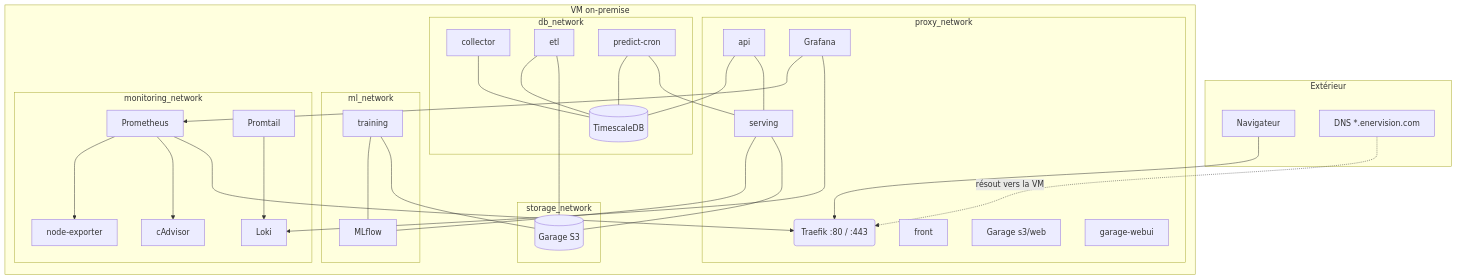
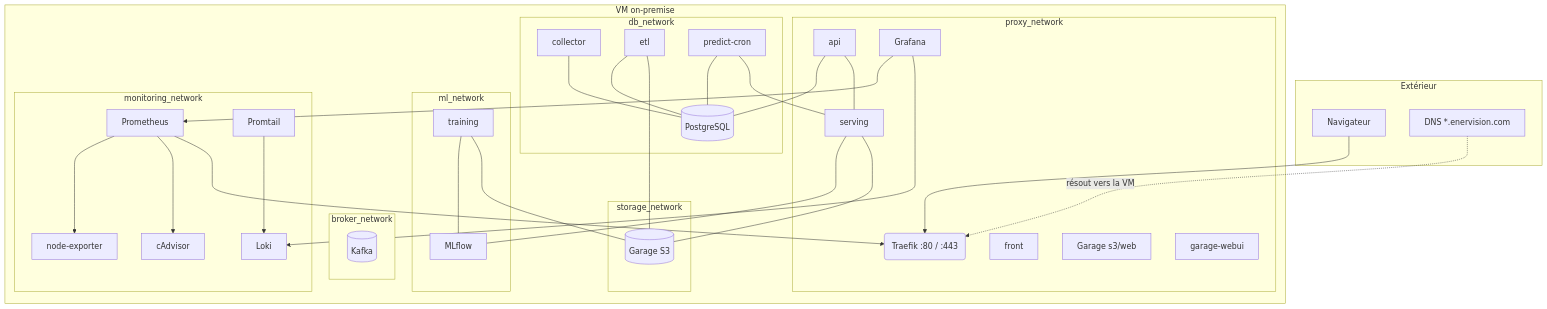
One commit to EnerVision-G5/infra changed the diagram in docs/content/architecture/index.md. Above: the diagram before and after it, drawn with Mermaid. The commit also changed other lines of this file and 54 other files, not shown here.

````diff
--- a/docs/content/architecture/index.md
+++ b/docs/content/architecture/index.md
@@ -31,53 +33,57 @@
 ```mermaid
 flowchart TB
     subgraph ext[Extérieur]
         U[Navigateur]
         DNS[DNS *.enervision.com]
     end
     U --> T
 
     subgraph vm[VM on-premise]
         T(Traefik :80 / :443)
 
         subgraph proxy[proxy_network]
             T
             F[front]
             A[api]
             S[serving]
             GW[Garage s3/web]
             GUI[garage-webui]
             GR[Grafana]
         end
 
         subgraph db[db_network]
-            A --- DB[(TimescaleDB)]
+            A --- DB[(PostgreSQL)]
             C[collector] --- DB
             E[etl] --- DB
             PC[predict-cron] --- DB
         end
 
         subgraph ml[ml_network]
             A --- S
             S --- MLF[MLflow]
             PC --- S
             TRN[training] --- MLF
+        end
+
+        subgraph broker[broker_network]
+            K[(Kafka)]
         end
 
         subgraph storage[storage_network]
             S --- GA[(Garage S3)]
             E --- GA
             TRN --- GA
         end
 
         subgraph mon[monitoring_network]
             PR[Prometheus] --> NE[node-exporter]
             PR --> CA[cAdvisor]
             PR --> T
             PT[Promtail] --> LO[Loki]
             GR --> PR
             GR --> LO
         end
     end
 
     DNS -.résout vers la VM.-> T
 ```
````
